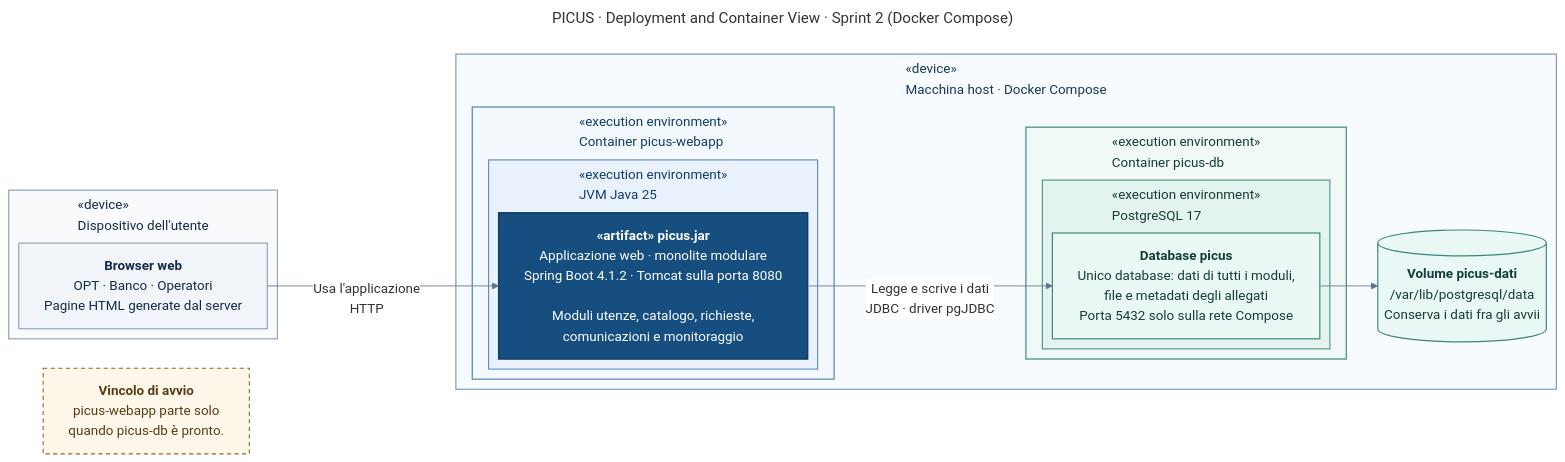
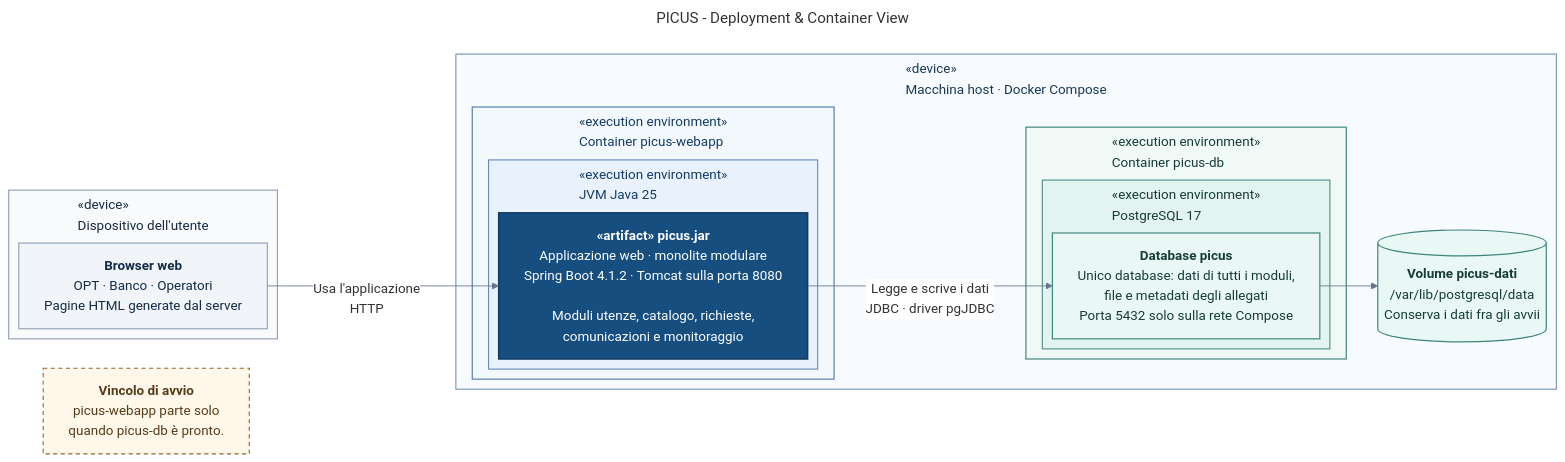
The diagram in docs/architecture/diagrams/PICUS-Deployment-Container-View.mmd (Pinguini-alla-Fragola/Progetto-SAD), drawn with Mermaid before and after one commit. The commit also changed 10 other files, not shown here.

Commit message:
docs: aggiorna e uniforma i diagrammi architetturali

```diff
--- a/docs/architecture/diagrams/PICUS-Deployment-Container-View.mmd
+++ b/docs/architecture/diagrams/PICUS-Deployment-Container-View.mmd
@@ -1,63 +1,63 @@
 ---
-title: "PICUS · Deployment and Container View · Sprint 2 (Docker Compose)"
+title: "PICUS - Deployment & Container View"
 config:
   layout: elk
   theme: base
   themeVariables:
     fontFamily: "Arial"
     fontSize: "16px"
     lineColor: "#64748B"
     edgeLabelBackground: "#FFFFFF"
   flowchart:
     curve: linear
     nodeSpacing: 34
     rankSpacing: 50
     wrappingWidth: 320
     subGraphTitleMargin:
       top: 6
       bottom: 26
 ---
 flowchart LR
-    accTitle: PICUS, Deployment and Container View dello Sprint 2
+    accTitle: PICUS - Deployment & Container View
     accDescr: Gli utenti usano PICUS dal browser via HTTP. Docker Compose esegue sulla macchina host due container. Il container applicativo picus-webapp esegue picus.jar sulla JVM Java 25 e contiene tutti i moduli. Il container dati picus-db esegue PostgreSQL 17, che gestisce l'unico database picus e salva i dati nel volume picus-dati. L'applicazione legge e scrive i dati via JDBC. Una nota indica che picus-webapp parte solo quando picus-db è pronto.
 
     subgraph DEVICE["«device»<br/>Dispositivo dell'utente"]
         BROWSER["<b>Browser web</b><br/>OPT · Banco · Operatori<br/>Pagine HTML generate dal server"]
     end
 
     NOTA["<b>Vincolo di avvio</b><br/>picus-webapp parte solo<br/>quando picus-db è pronto."]
 
     subgraph HOST["«device»<br/>Macchina host · Docker Compose"]
         subgraph WEBAPP["«execution environment»<br/>Container picus-webapp"]
             subgraph JVM["«execution environment»<br/>JVM Java 25"]
                 JAR["<b>«artifact» picus.jar</b><br/>Applicazione web · monolite modulare<br/>Spring Boot 4.1.2 · Tomcat sulla porta 8080<br/><br/>Moduli utenze, catalogo, richieste,<br/>comunicazioni e monitoraggio"]
             end
         end
 
         subgraph DB["«execution environment»<br/>Container picus-db"]
             subgraph DBMS["«execution environment»<br/>PostgreSQL 17"]
                 SCHEMA["<b>Database picus</b><br/>Unico database: dati di tutti i moduli,<br/>file e metadati degli allegati<br/>Porta 5432 solo sulla rete Compose"]
             end
         end
 
         VOL[("<b>Volume picus-dati</b><br/>/var/lib/postgresql/data<br/>Conserva i dati fra gli avvii")]
     end
 
     BROWSER -->|"Usa l'applicazione<br/>HTTP"| JAR
     JAR -->|"Legge e scrive i dati<br/>JDBC · driver pgJDBC"| SCHEMA
     SCHEMA --> VOL
 
     classDef nodo fill:#F1F5F9,stroke:#94A3B8,color:#142B46,stroke-width:1.4px
     classDef artifact fill:#164E80,stroke:#123B61,color:#FFFFFF,stroke-width:1.8px
     classDef dati fill:#E9F7F5,stroke:#3D867D,color:#153D38,stroke-width:1.4px
     classDef nota fill:#FFF8EA,stroke:#946728,color:#563C17,stroke-width:1.3px,stroke-dasharray:5 4
     class BROWSER nodo
     class JAR artifact
     class SCHEMA,VOL dati
     class NOTA nota
     style DEVICE fill:#F8FAFC,stroke:#94A3B8,stroke-width:1.4px,color:#142B46
     style HOST fill:#F7FAFE,stroke:#7C9BB9,stroke-width:1.4px,color:#183957
     style WEBAPP fill:#F3F8FD,stroke:#5480B0,stroke-width:1.4px,color:#143C65
     style JVM fill:#E9F2FC,stroke:#5480B0,stroke-width:1.2px,color:#143C65
     style DB fill:#F1F9F7,stroke:#3D867D,stroke-width:1.4px,color:#153D38
     style DBMS fill:#E3F3EF,stroke:#3D867D,stroke-width:1.2px,color:#153D38
```
